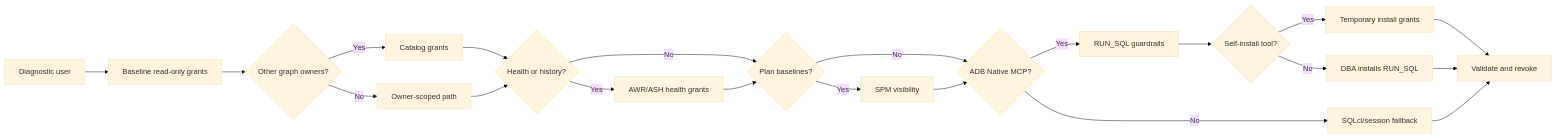
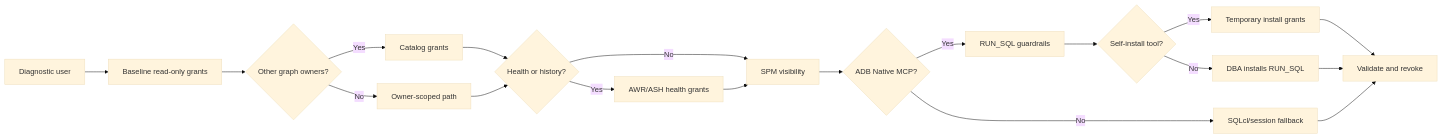
The diagram in docs/diagnostic-mode-minimum-prereqs.md (Diegoecab/oracle-graph-dba-advisor), drawn with Mermaid (base theme) before and after one commit. The commit also changed other lines of this file and 14 other files, not shown here.

Commit message:
Require SQL plan baseline visibility

````diff
--- a/docs/diagnostic-mode-minimum-prereqs.md
+++ b/docs/diagnostic-mode-minimum-prereqs.md
@@ -98,23 +99,21 @@
 ```mermaid
 flowchart LR
     A["Diagnostic user"] --> B["Baseline read-only grants"]
     B --> C{"Other graph owners?"}
     C -->|Yes| D["Catalog grants"]
     C -->|No| E["Owner-scoped path"]
     D --> F{"Health or history?"}
     E --> F
     F -->|Yes| G["AWR/ASH health grants"]
-    F -->|No| H{"Plan baselines?"}
-    G --> H
-    H -->|Yes| I["SPM visibility"]
-    H -->|No| J{"ADB Native MCP?"}
-    I --> J
+    F -->|No| I["SPM visibility"]
+    G --> I
+    I --> J{"ADB Native MCP?"}
     J -->|Yes| K["RUN_SQL guardrails"]
     J -->|No| L["SQLcl/session fallback"]
     K --> M{"Self-install tool?"}
     M -->|Yes| N["Temporary install grants"]
     M -->|No| O["DBA installs RUN_SQL"]
     N --> P["Validate and revoke"]
     O --> P
     L --> P
 ```
````
